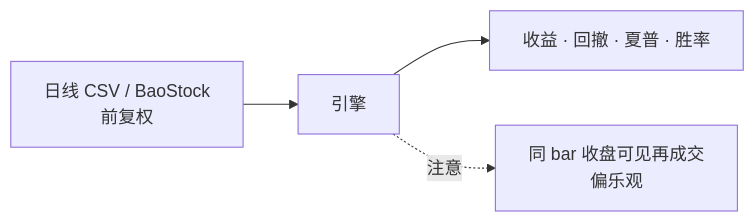
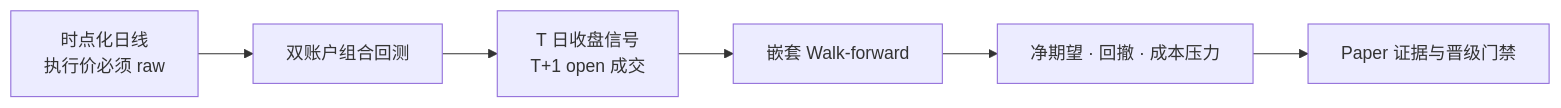
The fifth of 6 diagrams in README.md (shaohjz/quant-learn), drawn with Mermaid before and after one commit. The commit also changed other lines of this file and 22 other files, not shown here.

````diff
--- a/README.md
+++ b/README.md
@@ -130,6 +130,8 @@
 ```mermaid
 flowchart LR
-  D[日线 CSV / BaoStock<br/>前复权] --> E[引擎]
-  E --> R[收益 · 回撤 · 夏普 · 胜率]
-  E -.->|注意| X[同 bar 收盘可见再成交<br/>偏乐观]
+  D[时点化日线<br/>执行价必须 raw] --> E[双账户组合回测]
+  E --> T[T 日收盘信号<br/>T+1 open 成交]
+  T --> W[嵌套 Walk-forward]
+  W --> R[净期望 · 回撤 · 成本压力]
+  R --> P[Paper 证据与晋级门禁]
 ```
````
